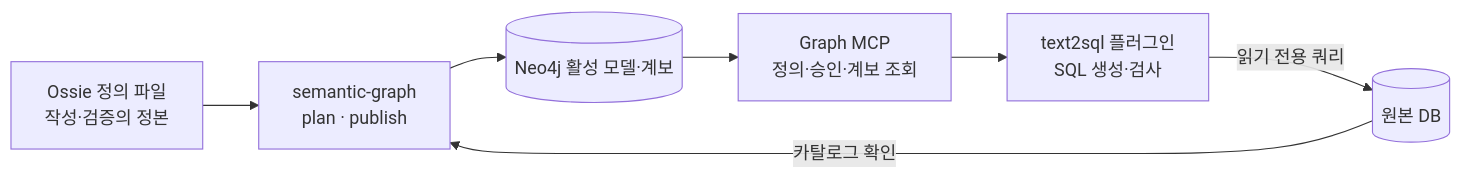
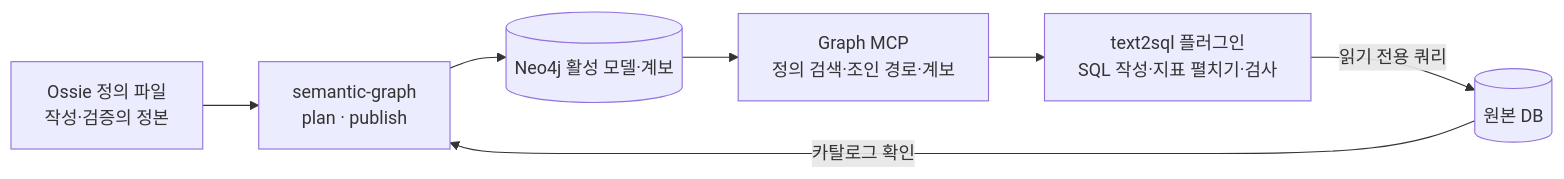
The diagram in README.md (zisu17/text2sql), drawn with Mermaid before and after one commit. The commit also changed other lines of this file and 1 other file, not shown here.

Commit message:
docs: MCP와 플러그인 변경 사항 기록

````diff
--- a/README.md
+++ b/README.md
@@ -22,9 +22,9 @@
 ```mermaid
 flowchart LR
     Y[Ossie 정의 파일<br/>작성·검증의 정본] --> P[semantic-graph<br/>plan · publish]
     D[(원본 DB)] -->|카탈로그 확인| P
     P --> G[(Neo4j 활성 모델·계보)]
-    G --> M[Graph MCP<br/>정의·승인·계보 조회]
-    M --> T[text2sql 플러그인<br/>SQL 생성·검사]
+    G --> M[Graph MCP<br/>정의 검색·조인 경로·계보]
+    M --> T[text2sql 플러그인<br/>SQL 작성·지표 펼치기·검사]
     T -->|읽기 전용 쿼리| D
 ```
````
